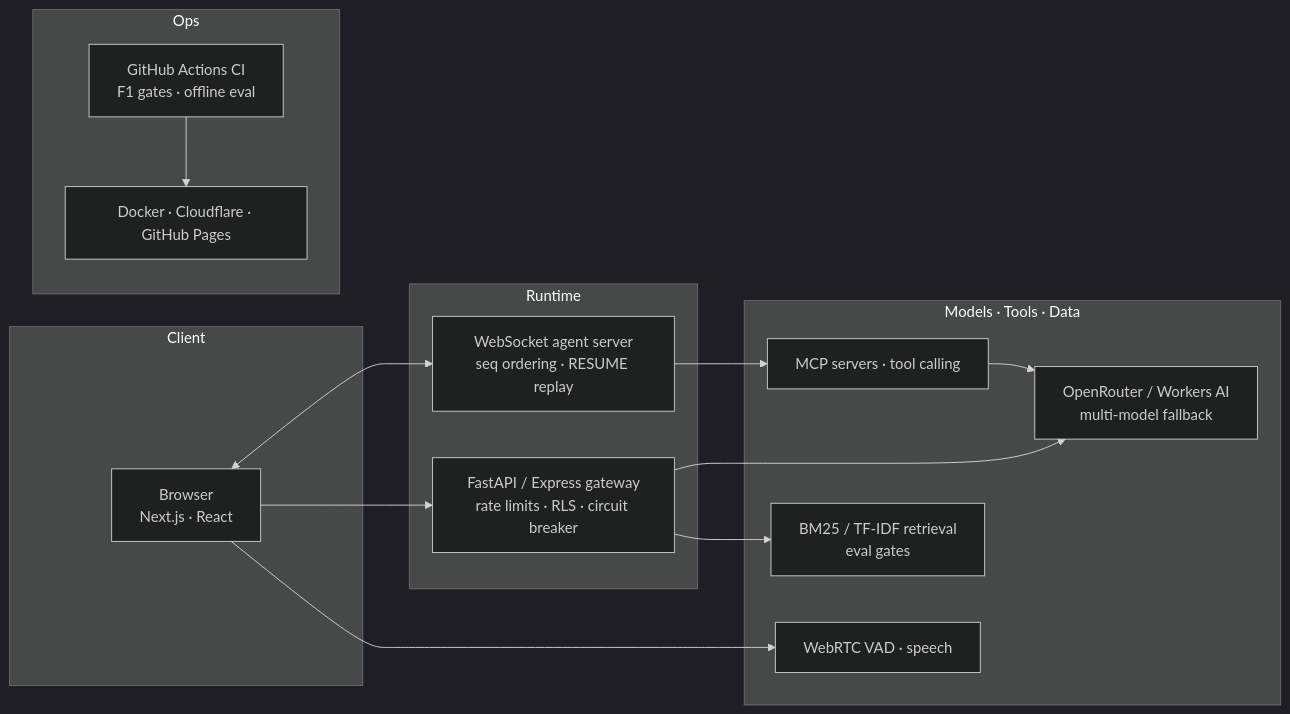
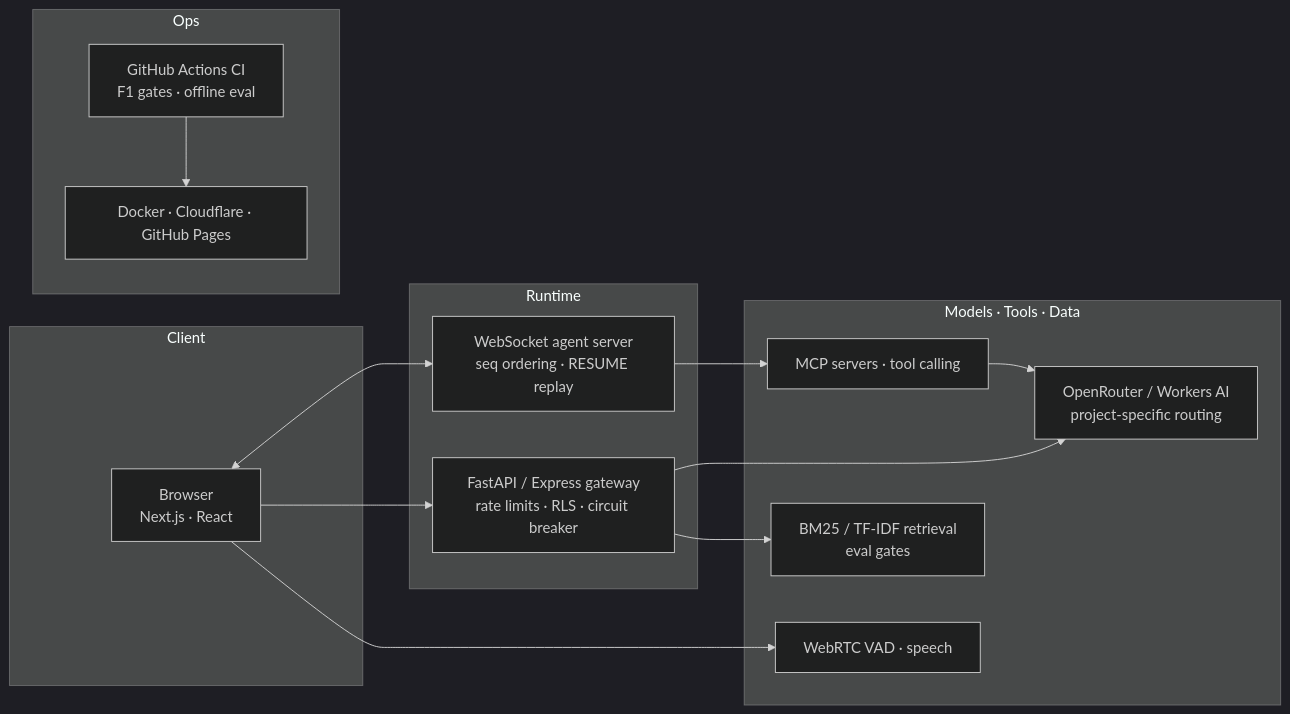
One commit to mangeshraut712/mangeshraut712 changed the diagram in README.md. Above: the diagram before and after it, drawn with Mermaid (dark theme). The commit also changed other lines of this file and 21 other files, not shown here.

````diff
--- a/README.md
+++ b/README.md
@@ -148,28 +158,28 @@
 ```mermaid
 flowchart LR
   subgraph Client
     B[Browser<br/>Next.js · React]
   end
   subgraph Runtime
     WS[WebSocket agent server<br/>seq ordering · RESUME replay]
     API[FastAPI / Express gateway<br/>rate limits · RLS · circuit breaker]
   end
   subgraph Models_Tools_Data["Models · Tools · Data"]
-    OR[OpenRouter / Workers AI<br/>multi-model fallback]
+    OR[OpenRouter / Workers AI<br/>project-specific routing]
     MCP[MCP servers · tool calling]
     VAD[WebRTC VAD · speech]
     RAG[BM25 / TF-IDF retrieval<br/>eval gates]
   end
   subgraph Ops
     CI[GitHub Actions CI<br/>F1 gates · offline eval]
     DEP[Docker · Cloudflare · GitHub Pages]
   end
   B <--> WS
   B --> API
   WS --> MCP
   API --> OR
   API --> RAG
   B --> VAD
   MCP --> OR
   CI --> DEP
 ```
````
